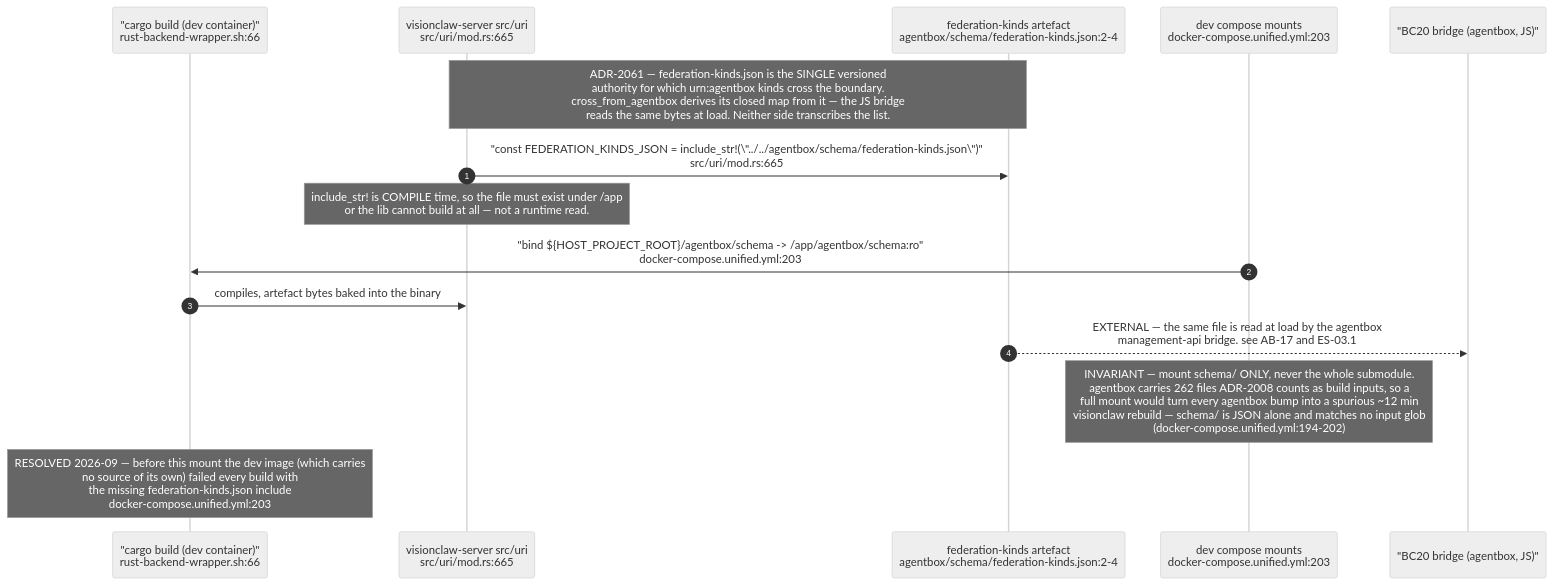
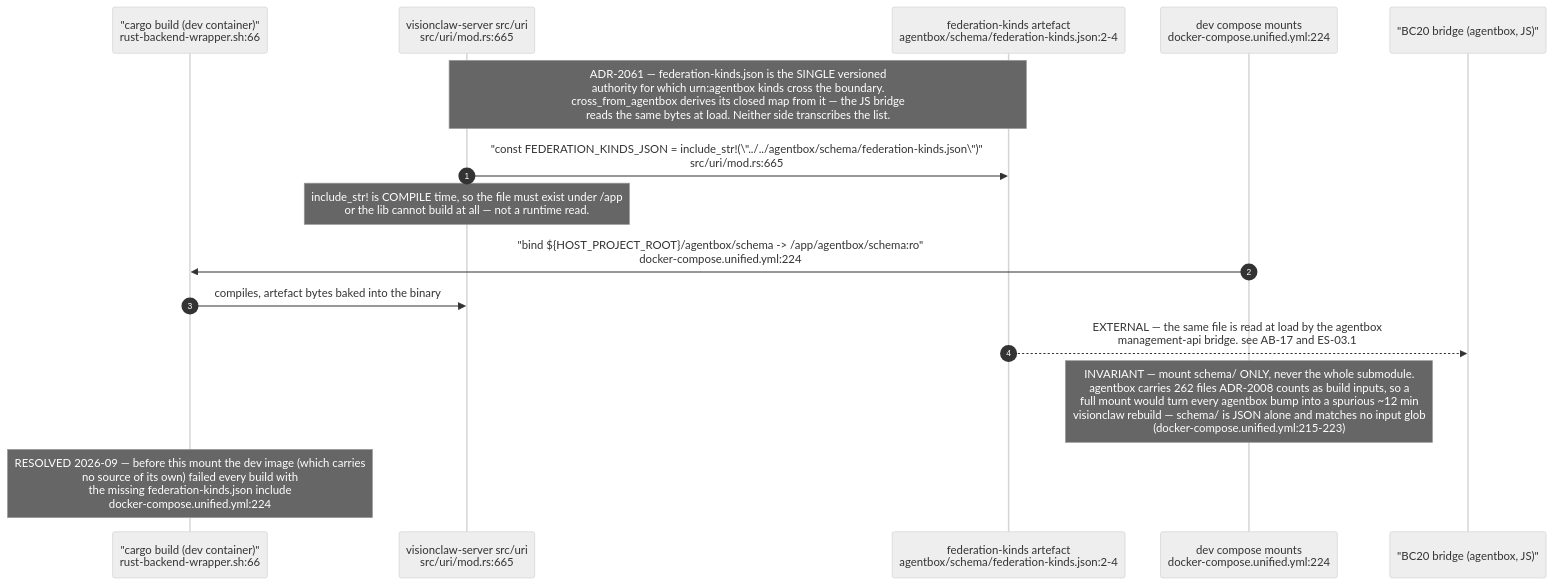
One commit to DreamLab-AI/VisionFlow changed diagram 20 of 24 in docs/diagrams/estate/09-build-deploy-and-ci-estate.md. Above: the diagram before and after it, drawn with Mermaid (neutral theme). The commit also changed other lines of this file and 5 other files, not shown here.

````diff
--- a/docs/diagrams/estate/09-build-deploy-and-ci-estate.md
+++ b/docs/diagrams/estate/09-build-deploy-and-ci-estate.md
@@ -747,18 +747,18 @@
 ```mermaid
 sequenceDiagram
     autonumber
     participant CB as "cargo build (dev container)"<br/>rust-backend-wrapper.sh:66
     participant URI as visionclaw-server src/uri<br/>src/uri/mod.rs:665
     participant FK as federation-kinds artefact<br/>agentbox/schema/federation-kinds.json:2-4
-    participant CMP as dev compose mounts<br/>docker-compose.unified.yml:203
+    participant CMP as dev compose mounts<br/>docker-compose.unified.yml:224
     participant BR as "BC20 bridge (agentbox, JS)"
 
     Note over URI,FK: ADR-2061 — federation-kinds.json is the SINGLE versioned<br/>authority for which urn:agentbox kinds cross the boundary.<br/>cross_from_agentbox derives its closed map from it — the JS bridge<br/>reads the same bytes at load. Neither side transcribes the list.
     URI->>FK: "const FEDERATION_KINDS_JSON = include_str!(\"../../agentbox/schema/federation-kinds.json\")"<br/>src/uri/mod.rs:665
     Note over URI: include_str! is COMPILE time, so the file must exist under /app<br/>or the lib cannot build at all — not a runtime read.
-    CMP->>CB: "bind ${HOST_PROJECT_ROOT}/agentbox/schema -> /app/agentbox/schema:ro"<br/>docker-compose.unified.yml:203
+    CMP->>CB: "bind ${HOST_PROJECT_ROOT}/agentbox/schema -> /app/agentbox/schema:ro"<br/>docker-compose.unified.yml:224
     CB->>URI: compiles, artefact bytes baked into the binary
     FK-->>BR: EXTERNAL — the same file is read at load by the agentbox<br/>management-api bridge. see AB-17 and ES-03.1
-    Note over CMP: INVARIANT — mount schema/ ONLY, never the whole submodule.<br/>agentbox carries 262 files ADR-2008 counts as build inputs, so a<br/>full mount would turn every agentbox bump into a spurious ~12 min<br/>visionclaw rebuild — schema/ is JSON alone and matches no input glob<br/>(docker-compose.unified.yml:194-202)
-    Note over CB: RESOLVED 2026-09 — before this mount the dev image (which carries<br/>no source of its own) failed every build with<br/>the missing federation-kinds.json include<br/>docker-compose.unified.yml:203
+    Note over CMP: INVARIANT — mount schema/ ONLY, never the whole submodule.<br/>agentbox carries 262 files ADR-2008 counts as build inputs, so a<br/>full mount would turn every agentbox bump into a spurious ~12 min<br/>visionclaw rebuild — schema/ is JSON alone and matches no input glob<br/>(docker-compose.unified.yml:215-223)
+    Note over CB: RESOLVED 2026-09 — before this mount the dev image (which carries<br/>no source of its own) failed every build with<br/>the missing federation-kinds.json include<br/>docker-compose.unified.yml:224
 ```
````
